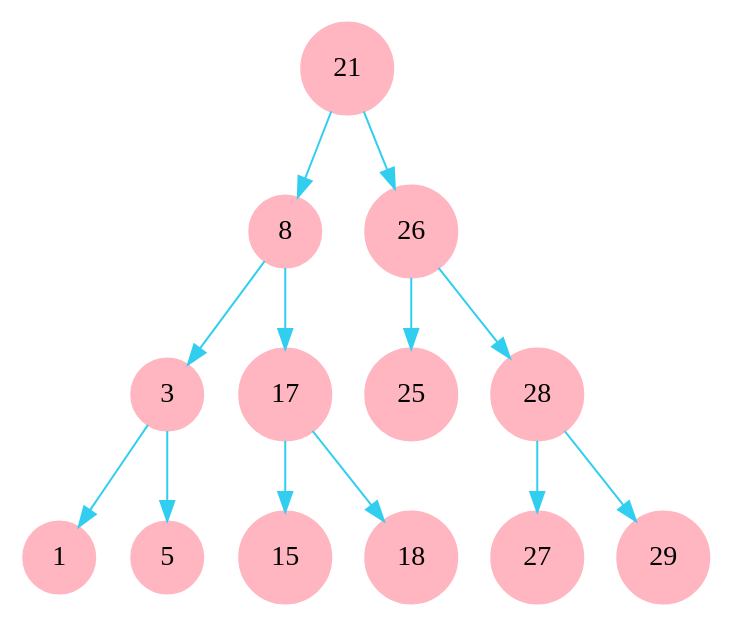
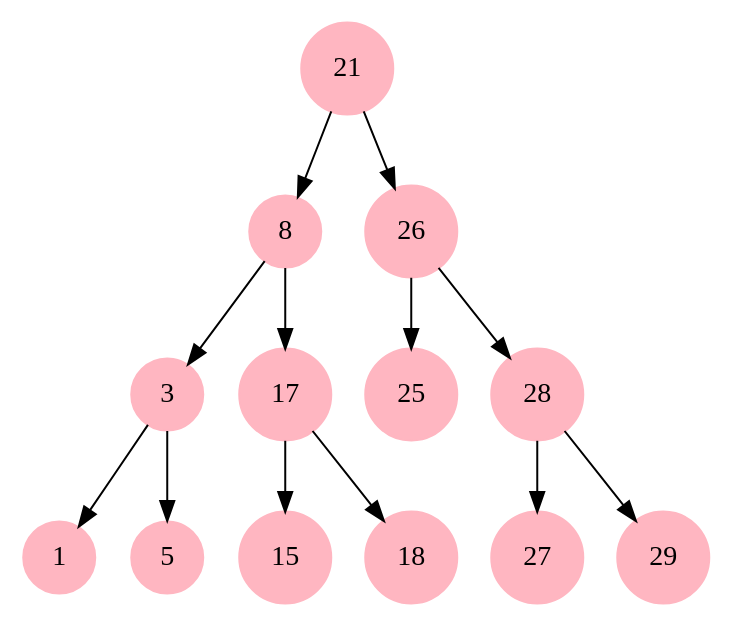
The diagram in archivo.dot (adl088/ArbolAVL), drawn with Graphviz before and after one commit. The commit also changed 11 other files, not shown here.

```diff
--- a/archivo.dot
+++ b/archivo.dot
@@ -1,21 +1,21 @@
 digraph G
 {
      node[shape = circle]
      node[style = filled]
      node[fillcolor = "#FFB6C1"]
      node[color = "#FFB6C1"]
-     edge[color = "#31CEF0"]
+     edge[color = "#000000"]
 21->8->3->1
 3->5
 
 8->17->15
 17->18
 
 
 21->26->25
 26->28->27
 28->29
 
 
 
 }
```
